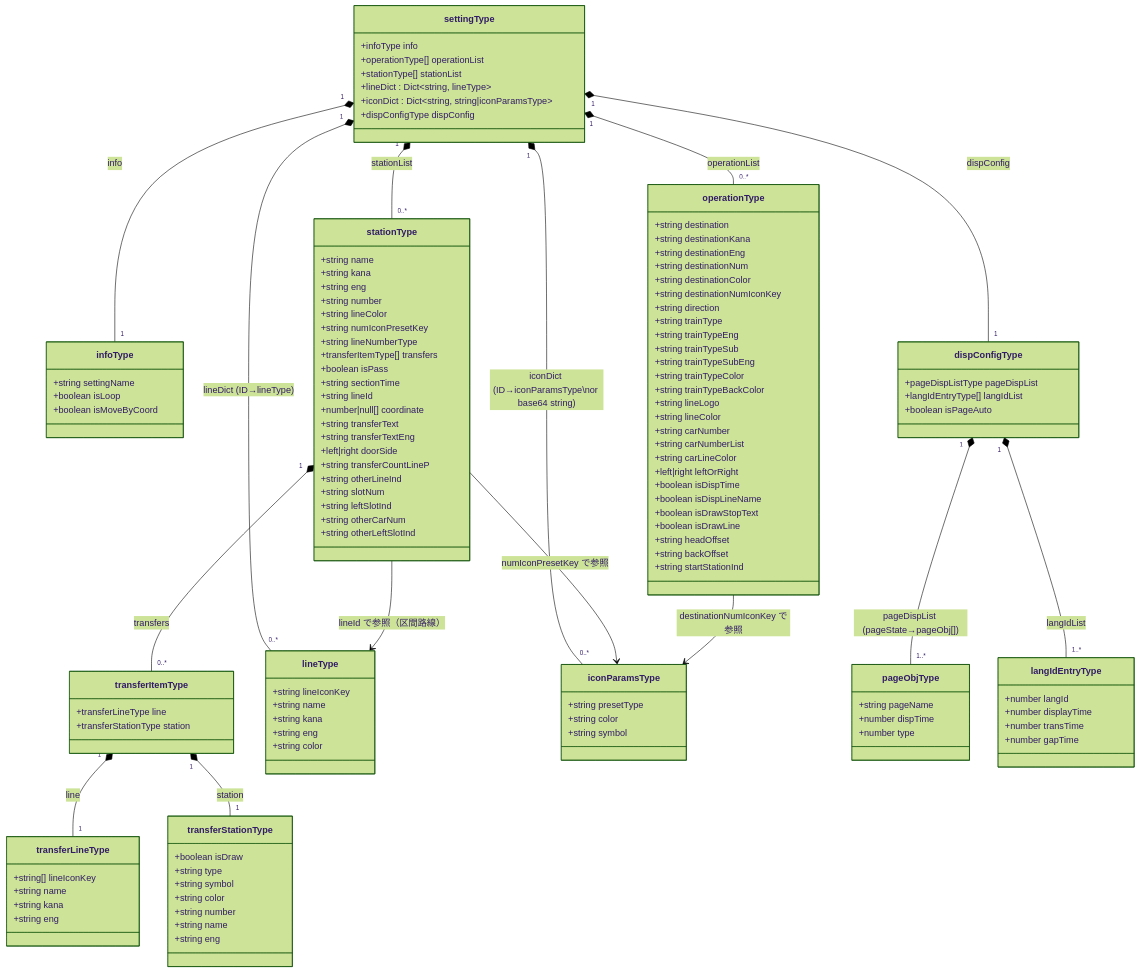
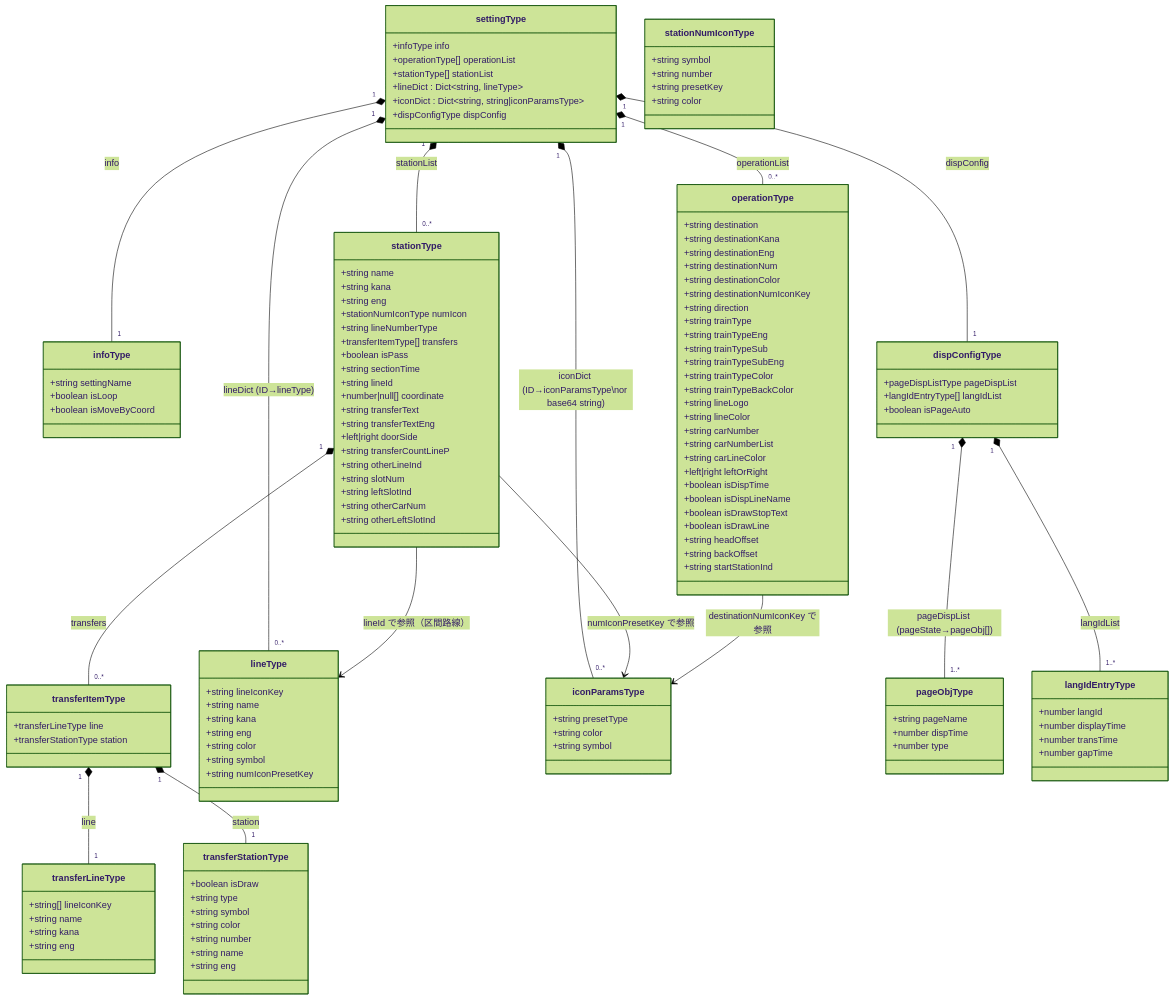
One commit to gosenzoo/trainLCD_deploy changed the first of 4 diagrams in spec.md. Above: the diagram before and after it, drawn with Mermaid (forest theme). The commit also changed other lines of this file and 16 other files, not shown here.

```diff
--- a/spec.md
+++ b/spec.md
@@ -91,9 +91,7 @@
         +string name
         +string kana
         +string eng
-        +string number
-        +string lineColor
-        +string numIconPresetKey
+        +stationNumIconType numIcon
         +string lineNumberType
         +transferItemType[] transfers
         +boolean isPass
@@ -109,6 +107,13 @@
         +string leftSlotInd
         +string otherCarNum
         +string otherLeftSlotInd
+    }
+
+    class stationNumIconType {
+        +string symbol
+        +string number
+        +string presetKey
+        +string color
     }
 
     class transferItemType {
@@ -139,6 +144,8 @@
         +string kana
         +string eng
         +string color
+        +string symbol
+        +string numIconPresetKey
     }
 
     class iconParamsType {
```
